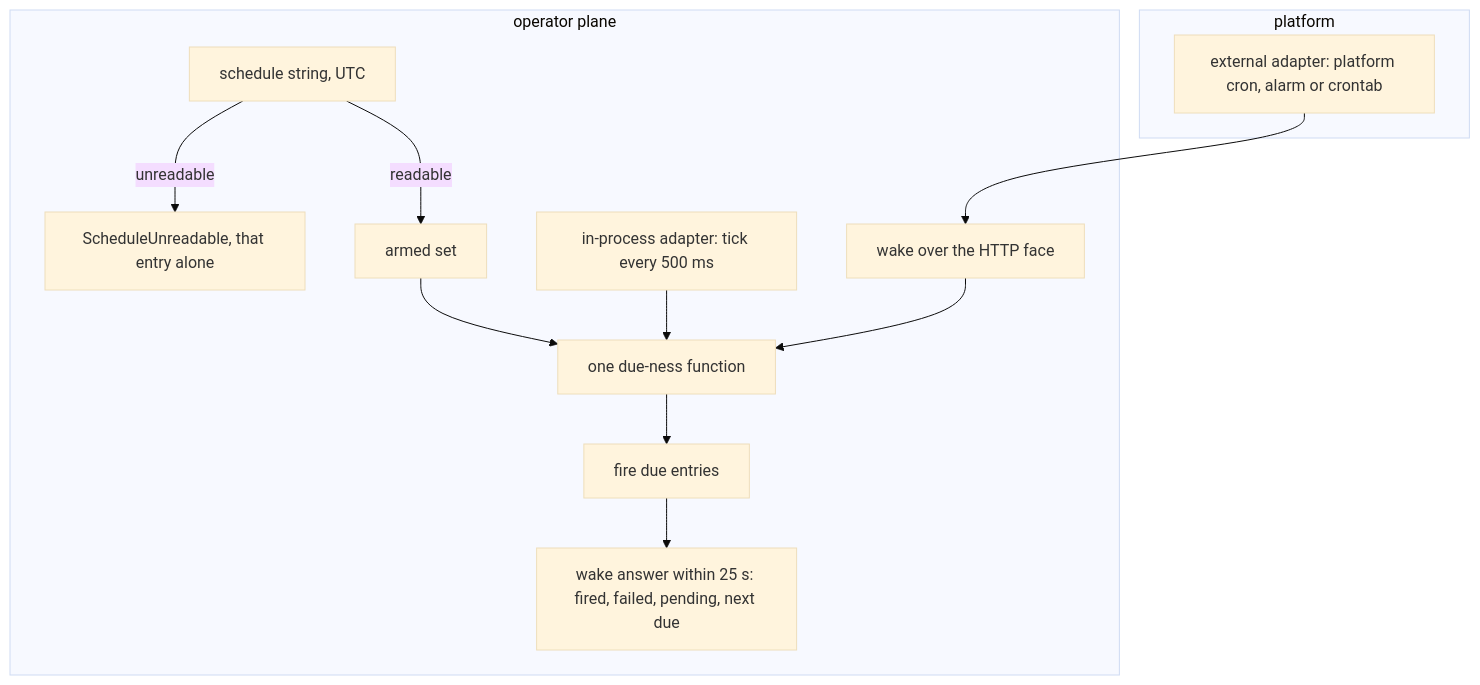
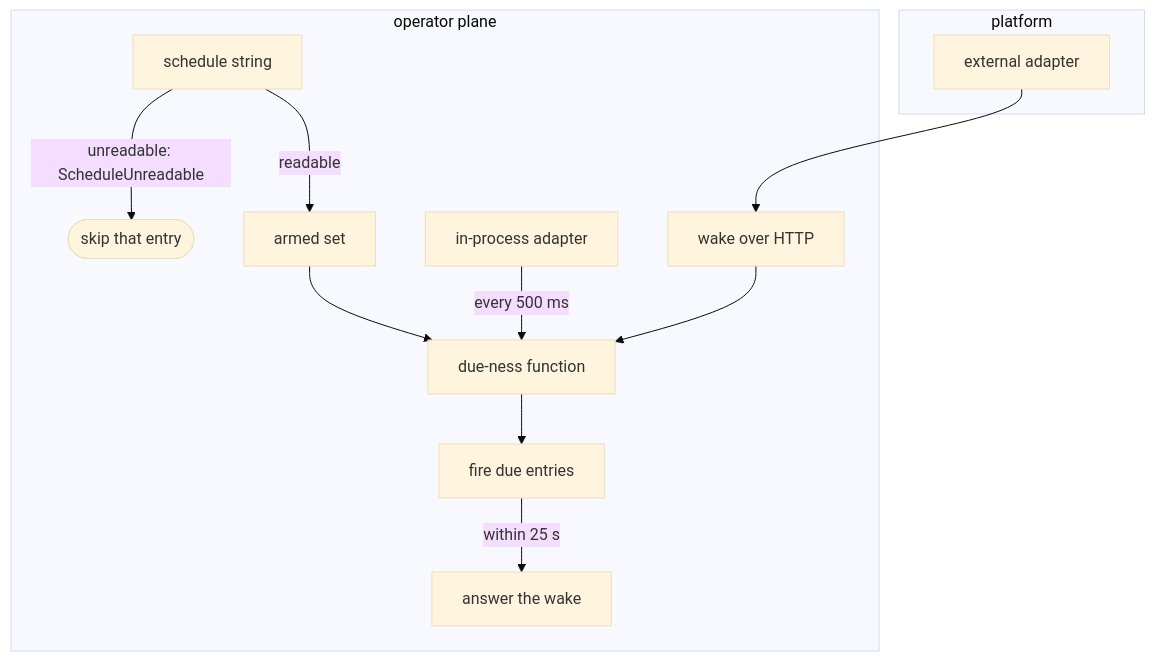
Before and after one commit to fractalboxdev/contextful: the second of 5 diagrams in spec/70-control-plane.md, drawn with Mermaid (base theme). The commit also changed other lines of this file and 24 other files, not shown here.

First line of the commit message:
spec: every flowchart draws one entity or process per node

````diff
--- a/spec/70-control-plane.md
+++ b/spec/70-control-plane.md
@@ -67,16 +67,16 @@
 ```mermaid
 flowchart TD
   subgraph platform["platform"]
-    EXT["external adapter: platform cron, alarm or crontab"]
+    EXT["external adapter"]
   end
   subgraph plane["operator plane"]
-    SCH["schedule string, UTC"] -- "unreadable" --> E1["ScheduleUnreadable, that entry alone"]
+    SCH["schedule string"] -- "unreadable: ScheduleUnreadable" --> E1(["skip that entry"])
     SCH -- "readable" --> SET["armed set"]
-    IP["in-process adapter: tick every 500 ms"] --> DUE["one due-ness function"]
-    WAKE["wake over the HTTP face"] --> DUE
+    IP["in-process adapter"] -- "every 500 ms" --> DUE["due-ness function"]
+    WAKE["wake over HTTP"] --> DUE
     SET --> DUE
     DUE --> FIRE["fire due entries"]
-    FIRE --> ANS["wake answer within 25 s: fired, failed, pending, next due"]
+    FIRE -- "within 25 s" --> ANS["answer the wake"]
   end
   EXT --> WAKE
 ```
````
